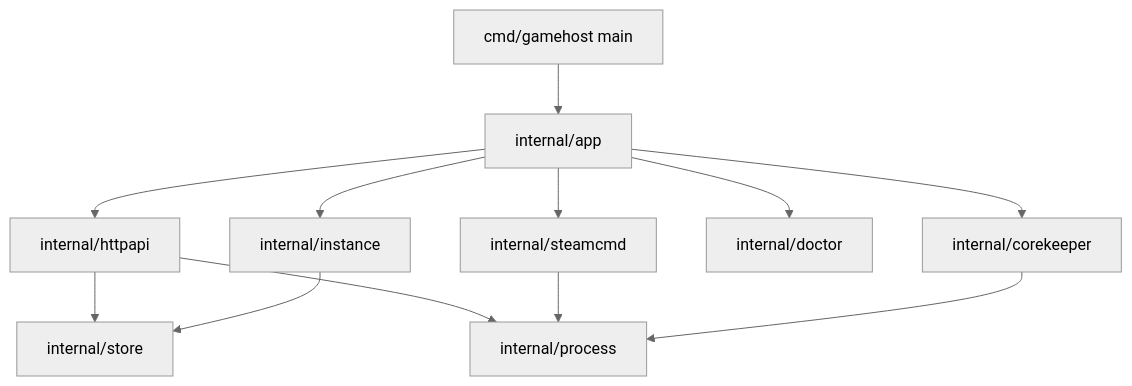
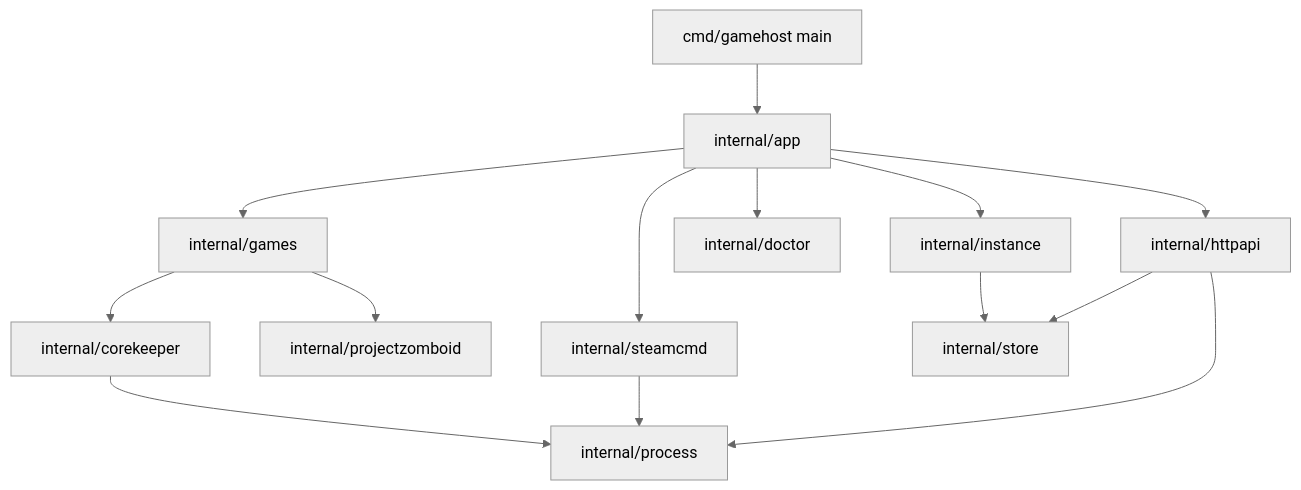
The first of 2 diagrams in README.md (SyberFoxx/gamehost), drawn with Mermaid (neutral theme) before and after one commit. The commit also changed other lines of this file and 15 other files, not shown here.

````diff
--- a/README.md
+++ b/README.md
@@ -191,14 +206,16 @@
 ```mermaid
 graph TD
     A["cmd/gamehost main"] --> B["internal/app"]
     B --> C["internal/instance"]
-    B --> D["internal/corekeeper"]
+    B --> J["internal/games"]
+    J --> D["internal/corekeeper"]
+    J --> K["internal/projectzomboid"]
     B --> E["internal/steamcmd"]
     B --> F["internal/doctor"]
     B --> I["internal/httpapi"]
     C --> G["internal/store"]
     D --> H["internal/process"]
     E --> H
     I --> G
     I --> H
 ```
````
